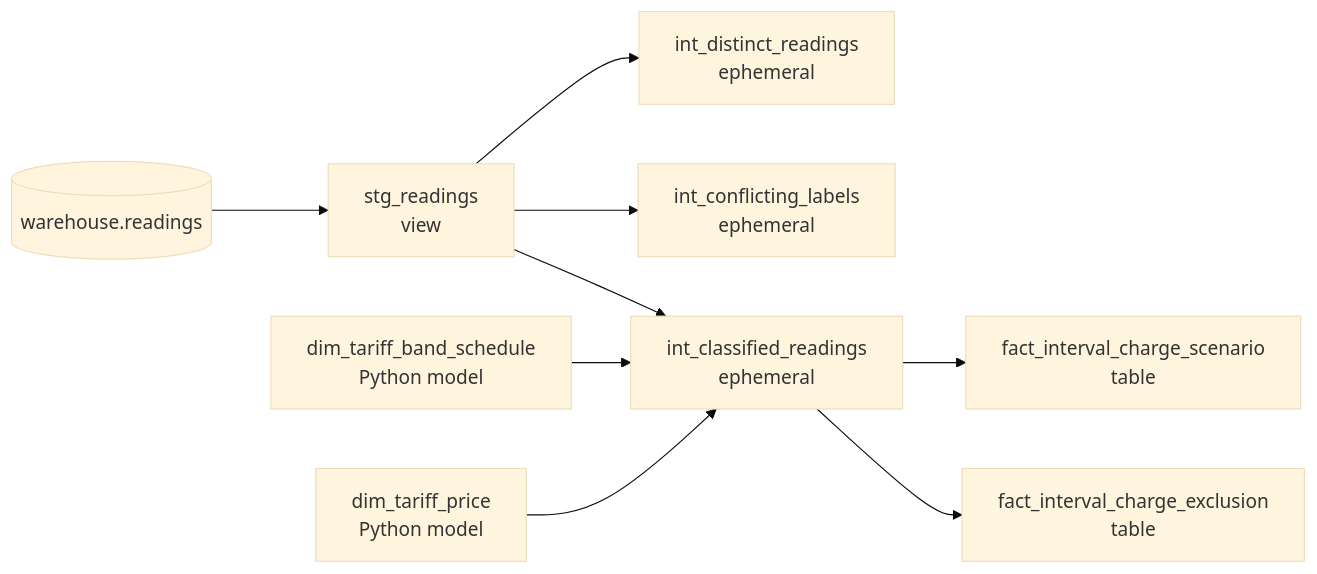
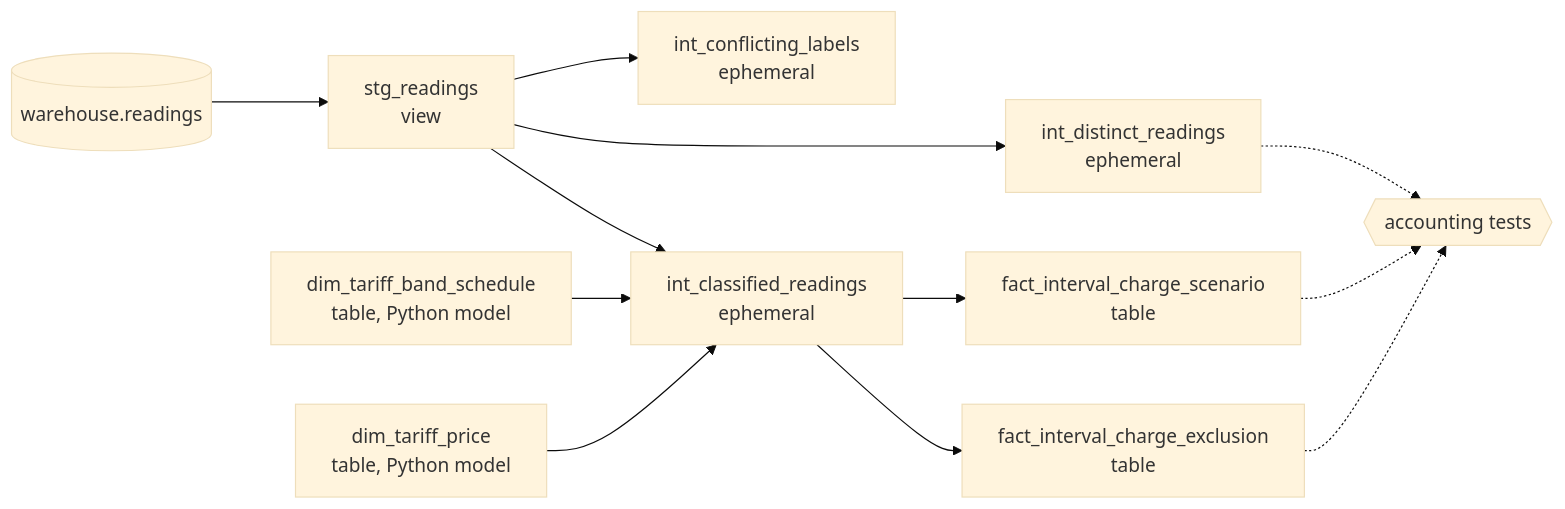
Before and after one commit to Hammamelsh/energy-reconciliation: the diagram in README.md, drawn with Mermaid (base theme). The commit also changed other lines of this file, not shown here.

````diff
--- a/README.md
+++ b/README.md
@@ -126,11 +133,14 @@
 ```mermaid
 flowchart LR
   src[(warehouse.readings)] --> stg[stg_readings<br/>view]
   stg --> dist[int_distinct_readings<br/>ephemeral]
   stg --> conf[int_conflicting_labels<br/>ephemeral]
   stg --> cls[int_classified_readings<br/>ephemeral]
-  sched[dim_tariff_band_schedule<br/>Python model] --> cls
-  price[dim_tariff_price<br/>Python model] --> cls
+  sched[dim_tariff_band_schedule<br/>table, Python model] --> cls
+  price[dim_tariff_price<br/>table, Python model] --> cls
   cls --> fact[fact_interval_charge_scenario<br/>table]
   cls --> excl[fact_interval_charge_exclusion<br/>table]
+  dist -.-> acc{{accounting tests}}
+  fact -.-> acc
+  excl -.-> acc
 ```
````
